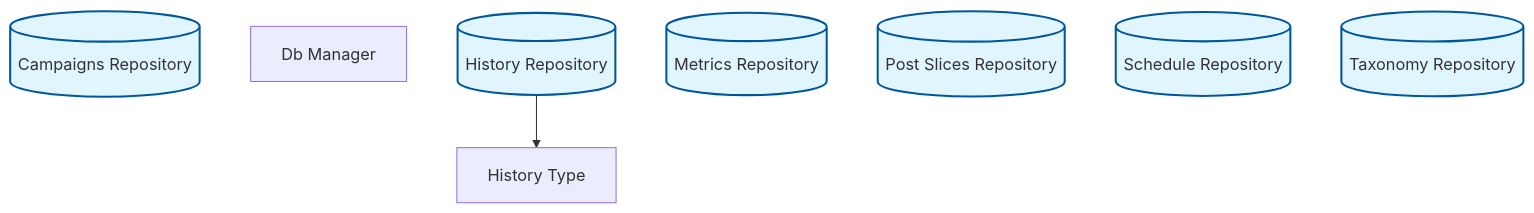
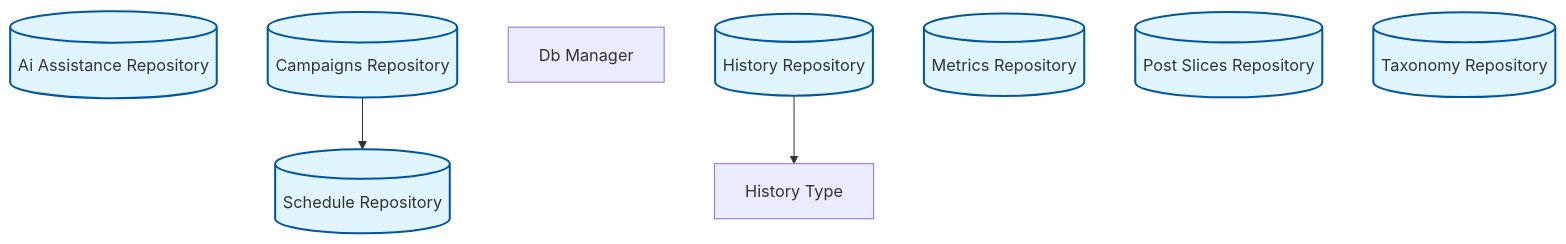
One commit to rpnunez/wp-ai-scheduler changed diagram 15 of 19 in docs/feature-report.md. Above: the diagram before and after it, drawn with Mermaid. The commit also changed other lines of this file and 1 other file, not shown here.

````diff
--- a/docs/feature-report.md
+++ b/docs/feature-report.md
@@ -803,20 +807,22 @@
 ```mermaid
 flowchart TD
     %% Database & Repositories Architecture
 
+    AI_Assistance_Repository[("Ai Assistance Repository")]
     Campaigns_Repository[("Campaigns Repository")]
     DB_Manager["Db Manager"]
     History_Repository[("History Repository")]
     History_Type["History Type"]
     Metrics_Repository[("Metrics Repository")]
     Post_Slices_Repository[("Post Slices Repository")]
     Schedule_Repository[("Schedule Repository")]
     Taxonomy_Repository[("Taxonomy Repository")]
 
+    Campaigns_Repository --> Schedule_Repository
     History_Repository --> History_Type
 
     classDef repository fill:#e1f5ff,stroke:#01579b,stroke-width:2px
     classDef service fill:#fff3e0,stroke:#e65100,stroke-width:2px
     classDef controller fill:#f3e5f5,stroke:#4a148c,stroke-width:2px
-    class Campaigns_Repository,History_Repository,Metrics_Repository,Post_Slices_Repository,Schedule_Repository,Taxonomy_Repository repository
+    class AI_Assistance_Repository,Campaigns_Repository,History_Repository,Metrics_Repository,Post_Slices_Repository,Schedule_Repository,Taxonomy_Repository repository
 ```
````
